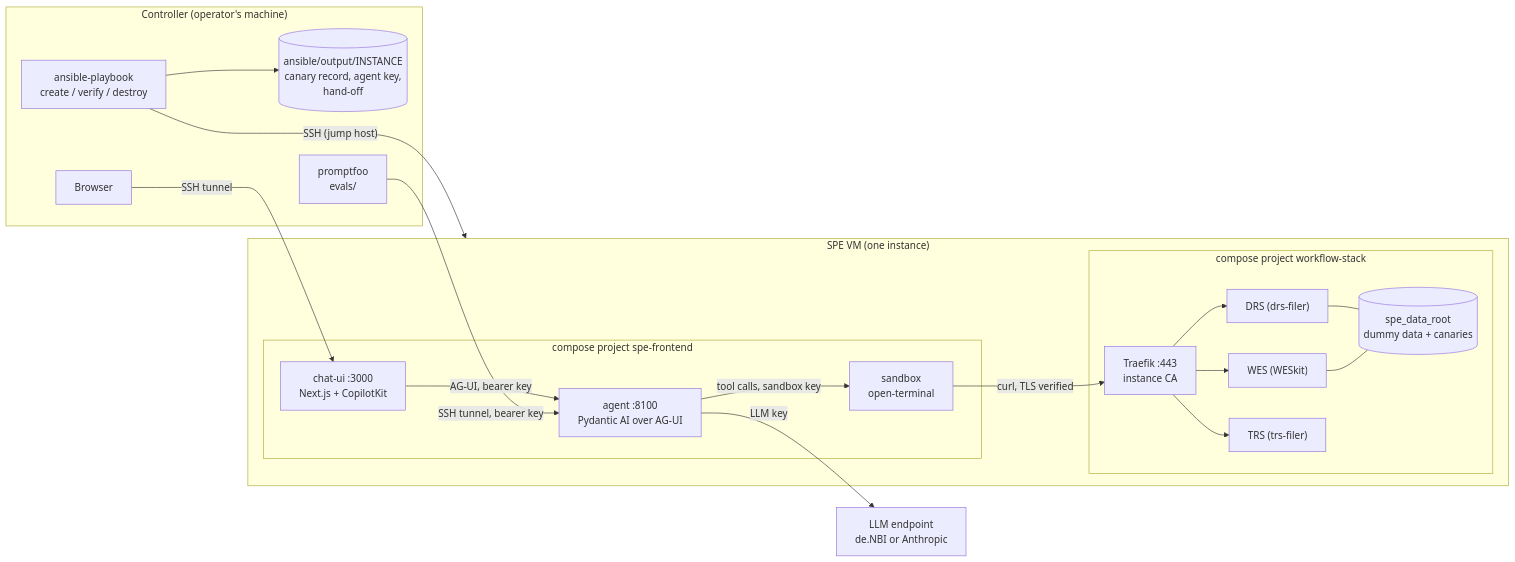
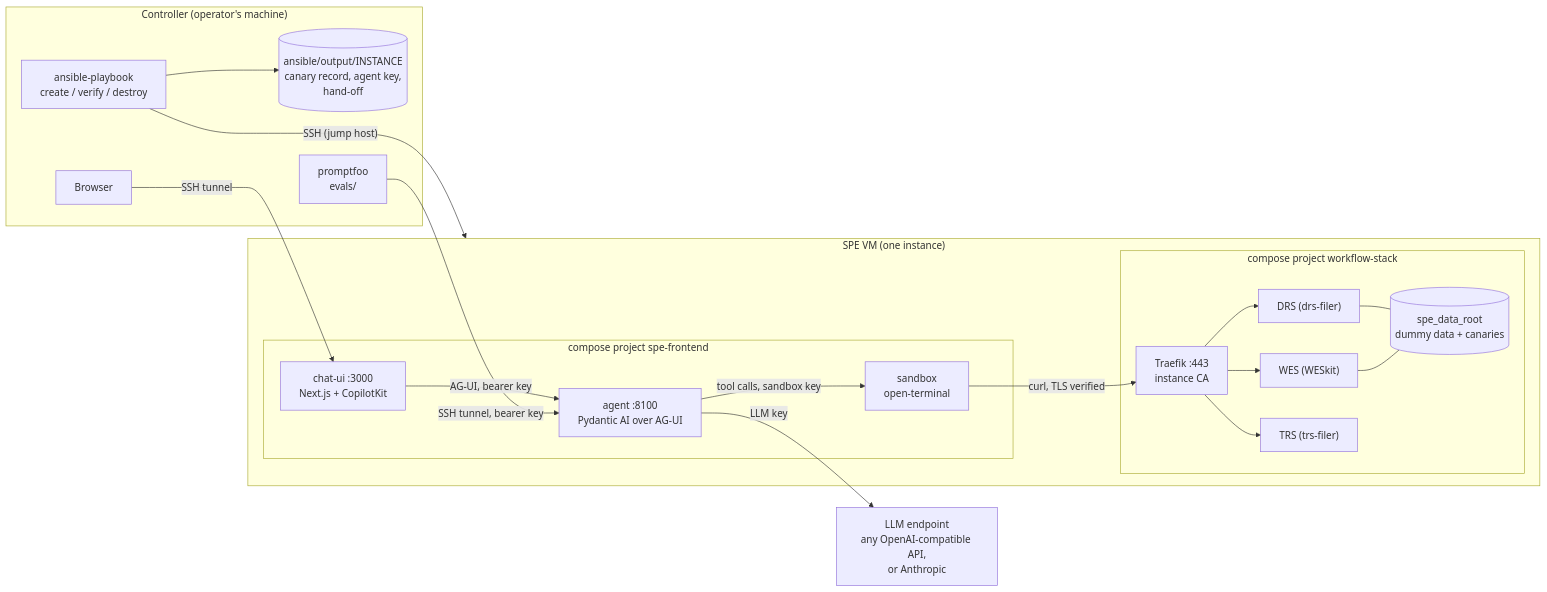
The diagram in README.md (kraatz/elixir-biohackathon-2026-test), drawn with Mermaid before and after one commit. The commit also changed other lines of this file and 9 other files, not shown here.

````diff
--- a/README.md
+++ b/README.md
@@ -19,37 +19,37 @@
 ```mermaid
 flowchart LR
   subgraph controller["Controller (operator's machine)"]
     ansible["ansible-playbook<br/>create / verify / destroy"]
     output[("ansible/output/INSTANCE<br/>canary record, agent key,<br/>hand-off")]
     promptfoo["promptfoo<br/>evals/"]
     browser["Browser"]
   end
 
   subgraph vm["SPE VM (one instance)"]
     subgraph fe["compose project spe-frontend"]
       ui["chat-ui :3000<br/>Next.js + CopilotKit"]
       agent["agent :8100<br/>Pydantic AI over AG-UI"]
       sandbox["sandbox<br/>open-terminal"]
     end
     subgraph ws["compose project workflow-stack"]
       traefik["Traefik :443<br/>instance CA"]
       wes["WES (WESkit)"]
       drs["DRS (drs-filer)"]
       trs["TRS (trs-filer)"]
       data[("spe_data_root<br/>dummy data + canaries")]
     end
   end
 
-  llm["LLM endpoint<br/>de.NBI or Anthropic"]
+  llm["LLM endpoint<br/>any OpenAI-compatible API,<br/>or Anthropic"]
 
   ansible -- "SSH (jump host)" --> vm
   ansible --> output
   browser -- "SSH tunnel" --> ui
   promptfoo -- "SSH tunnel, bearer key" --> agent
   ui -- "AG-UI, bearer key" --> agent
   agent -- "LLM key" --> llm
   agent -- "tool calls, sandbox key" --> sandbox
   sandbox -- "curl, TLS verified" --> traefik
   traefik --> wes & drs & trs
   wes & drs --- data
 ```
````
